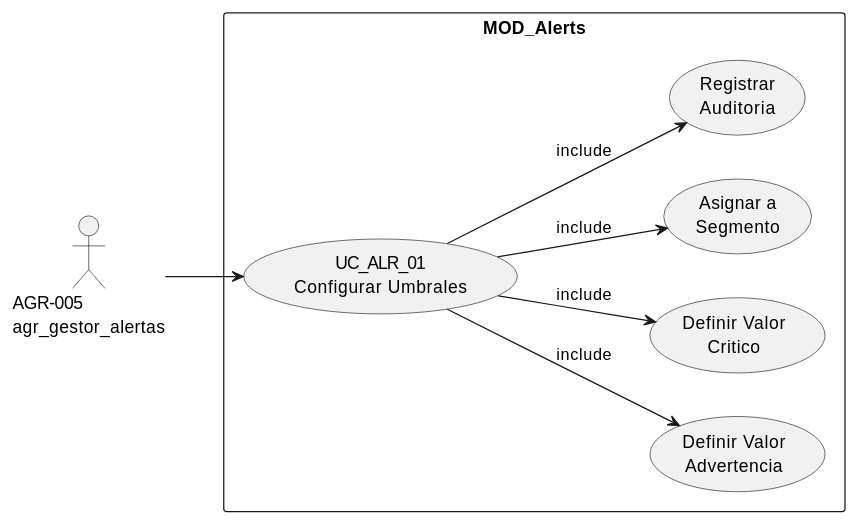
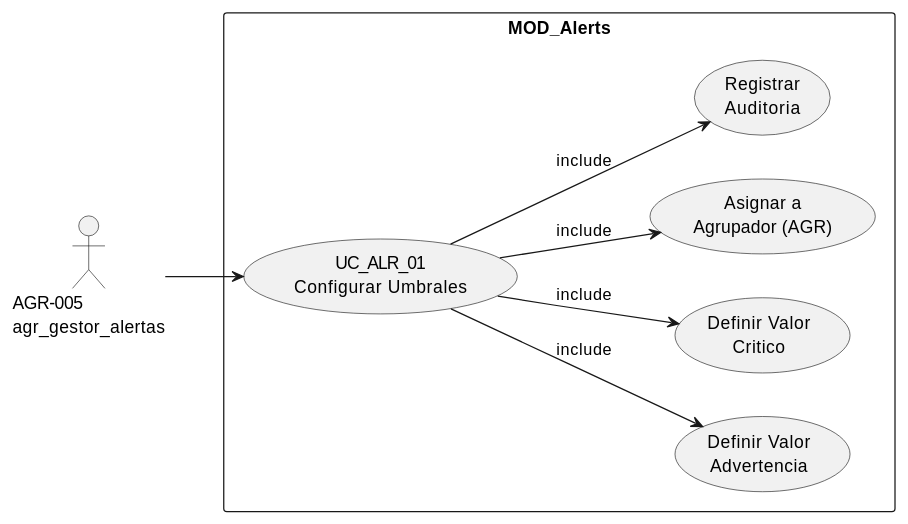
One commit to jcg-admin/IACT-docs changed the first of 3 diagrams in source/requisitos/casos-uso/alerts/uc-alr-01-configurar-umbrales.rst. Above: the diagram before and after it, drawn with PlantUML. The commit also changed other lines of this file and 4 other files, not shown here.

```diff
--- a/source/requisitos/casos-uso/alerts/uc-alr-01-configurar-umbrales.rst
+++ b/source/requisitos/casos-uso/alerts/uc-alr-01-configurar-umbrales.rst
@@ -68,21 +68,21 @@
 .. uml::
  :caption: Diagrama de Caso de Uso - UC_ALR_01
 
  @startuml
  left to right direction
  actor "AGR-005\nagr_gestor_alertas" as USER
 
  rectangle "MOD_Alerts" {
  usecase "UC_ALR_01\nConfigurar Umbrales" as UC01
  usecase "Definir Valor\nAdvertencia" as WARN
  usecase "Definir Valor\nCritico" as CRIT
- usecase "Asignar a\nSegmento" as SEG
+ usecase "Asignar a\nAgrupador (AGR)" as SEG
  usecase "Registrar\nAuditoria" as AUD
  }
 
  USER --> UC01
  UC01 --> WARN : include
  UC01 --> CRIT : include
  UC01 --> SEG : include
  UC01 --> AUD : include
  @enduml
```
